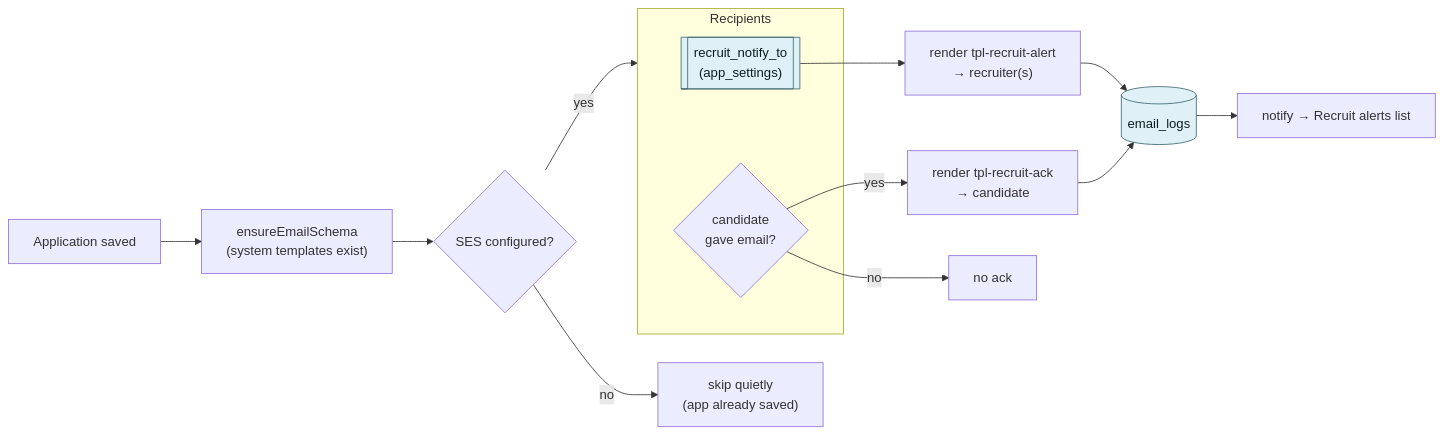
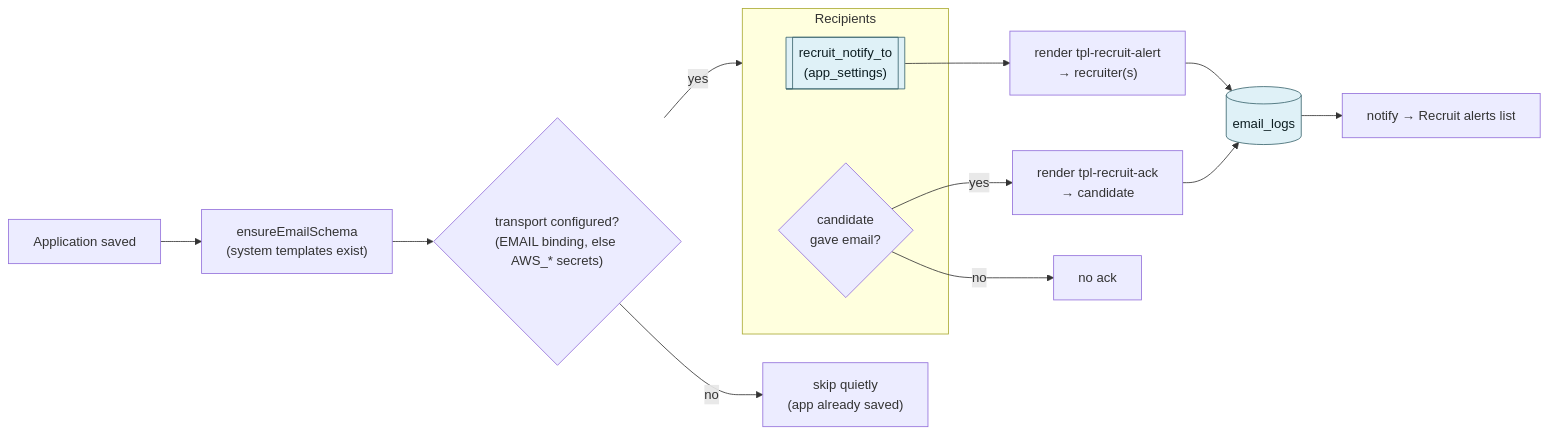
One commit to curevanails/curevanails changed the fifth of 7 diagrams in docs/ARCHITECTURE.md. Above: the diagram before and after it, drawn with Mermaid. The commit also changed other lines of this file and 19 other files, not shown here.

````diff
--- a/docs/ARCHITECTURE.md
+++ b/docs/ARCHITECTURE.md
@@ -211,23 +214,23 @@
 ```mermaid
 flowchart LR
     submit["Application saved"] --> ensure["ensureEmailSchema<br/>(system templates exist)"]
-    ensure --> ses{"SES configured?"}
+    ensure --> ses{"transport configured?<br/>(EMAIL binding, else AWS_* secrets)"}
     ses -->|no| skip["skip quietly<br/>(app already saved)"]
     ses -->|yes| who
 
     subgraph who["Recipients"]
         setting[["recruit_notify_to<br/>(app_settings)"]]
         cand{"candidate<br/>gave email?"}
     end
 
     setting --> alert["render tpl-recruit-alert<br/>→ recruiter(s)"]
     cand -->|yes| ack["render tpl-recruit-ack<br/>→ candidate"]
     cand -->|no| noack["no ack"]
 
     alert --> log[("email_logs")]
     ack --> log
     log --> list["notify → Recruit alerts list"]
 
     classDef store fill:#dff1f7,stroke:#3a656e,color:#0d1e22;
     class log,setting store;
 ```
````
